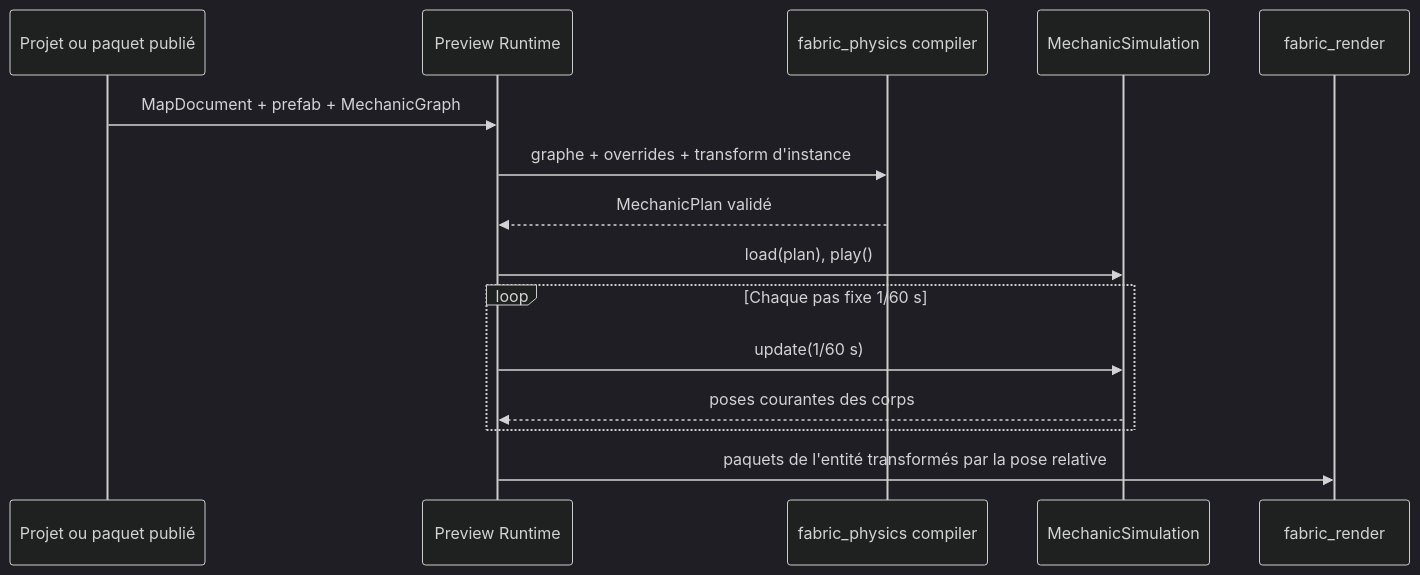
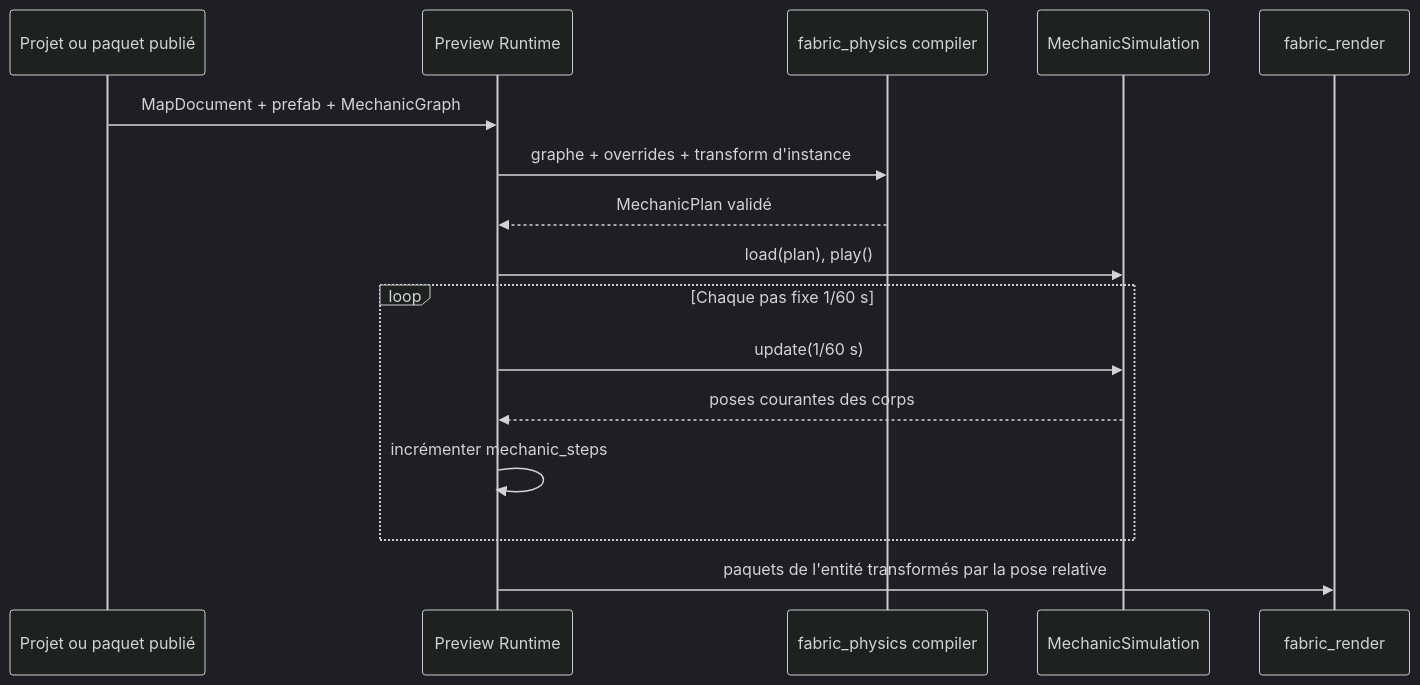
The diagram in docs/architecture/flows/runtime-mechanic-instance.md (tristan-monticelli/vertex-loom), drawn with Mermaid (dark theme) before and after one commit. The commit also changed other lines of this file and 5 other files, not shown here.

````diff
--- a/docs/architecture/flows/runtime-mechanic-instance.md
+++ b/docs/architecture/flows/runtime-mechanic-instance.md
@@ -3,18 +3,19 @@
 ```mermaid
 sequenceDiagram
     participant Package as Projet ou paquet publié
     participant Runtime as Preview Runtime
     participant Compiler as fabric_physics compiler
     participant Simulation as MechanicSimulation
     participant Renderer as fabric_render
 
     Package->>Runtime: MapDocument + prefab + MechanicGraph
     Runtime->>Compiler: graphe + overrides + transform d'instance
     Compiler-->>Runtime: MechanicPlan validé
     Runtime->>Simulation: load(plan), play()
     loop Chaque pas fixe 1/60 s
         Runtime->>Simulation: update(1/60 s)
         Simulation-->>Runtime: poses courantes des corps
+        Runtime->>Runtime: incrémenter mechanic_steps
     end
     Runtime->>Renderer: paquets de l'entité transformés par la pose relative
 ```
````
